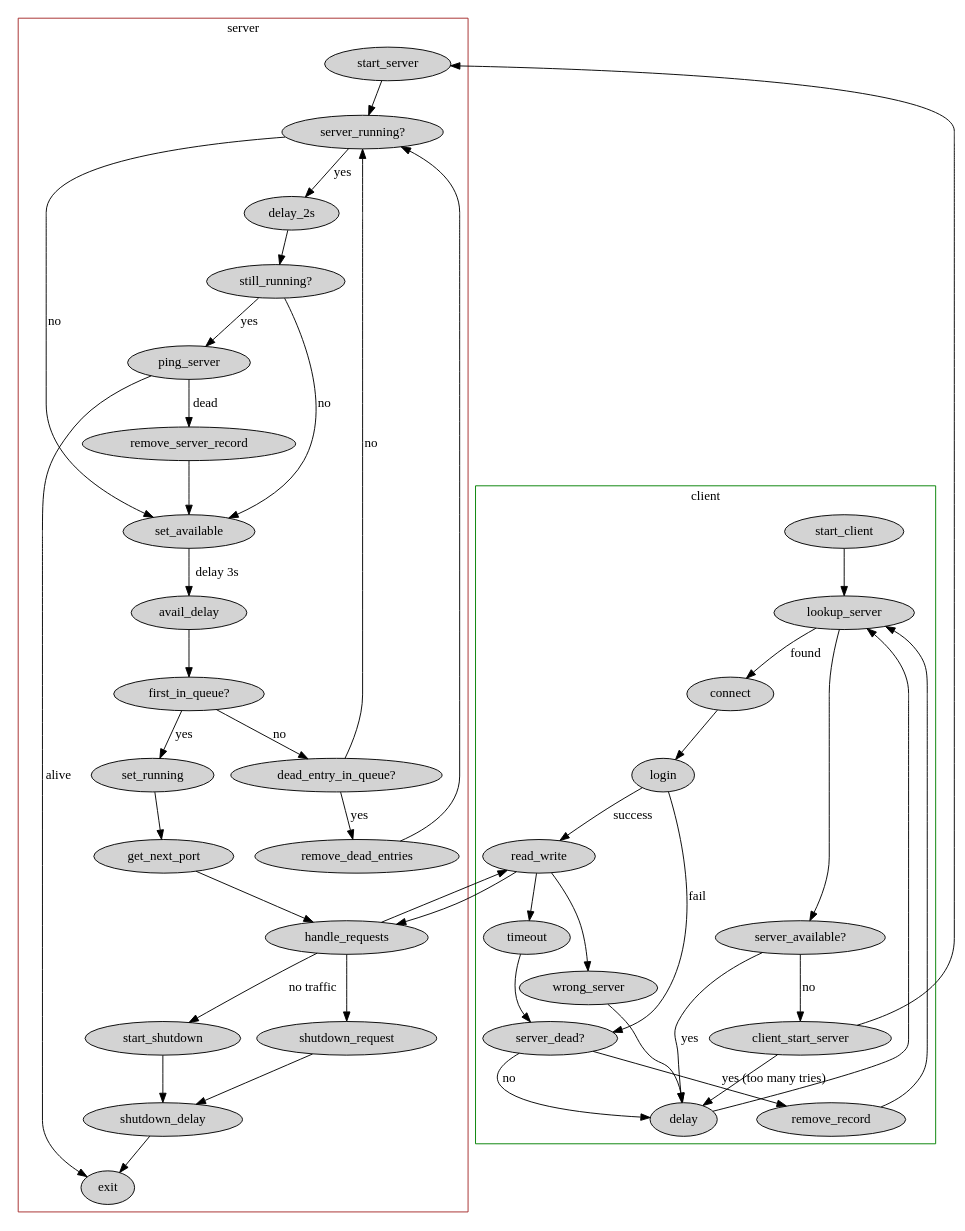
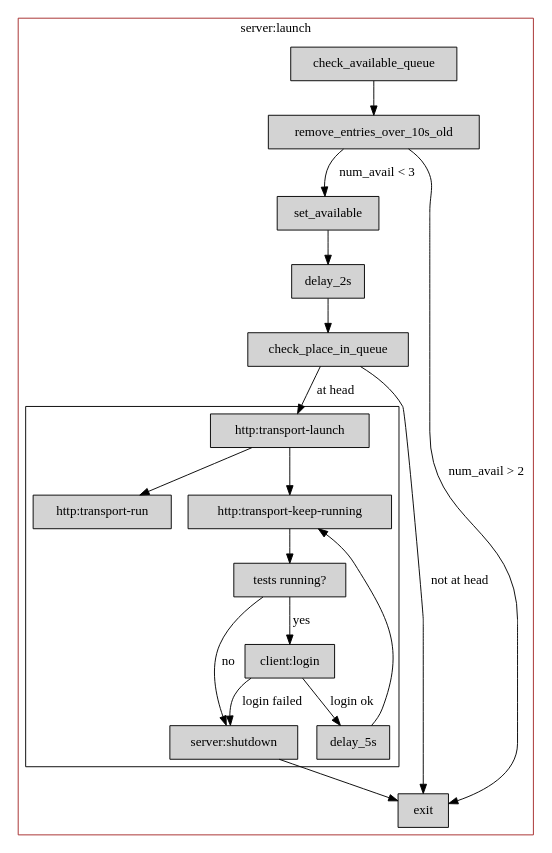
One commit to kiatoa/megatest changed the diagram in docs/manual/server.dot. Above: the diagram before and after it, drawn with Graphviz. The commit also changed 9 other files, not shown here.

Commit message:
Partially completed rework of server/client logic

```diff
--- a/docs/manual/server.dot
+++ b/docs/manual/server.dot
@@ -1,70 +1,62 @@
 digraph G {
 
-    // put client after server so server_start node is visible
-    //
-    subgraph cluster_0 {
-        node [style=filled];
+    subgraph cluster_1 {
+        node [style=filled,shape=box];
+
+	check_available_queue       -> remove_entries_over_10s_old;
+	remove_entries_over_10s_old -> set_available [label="num_avail < 3"];
+	remove_entries_over_10s_old -> exit [label="num_avail > 2"];
+
+	set_available               -> delay_2s;
+	delay_2s          -> check_place_in_queue;
+
+	check_place_in_queue        -> "http:transport-launch" [label="at head"];
+	check_place_in_queue        -> exit [label="not at head"];
+
+	"client:login"              -> "server:shutdown" [label="login failed"];
+	"server:shutdown"           -> exit;	
+
+	subgraph cluster_2 {
+		"http:transport-launch"       -> "http:transport-run";
+		"http:transport-launch"       -> "http:transport-keep-running";
+
+		"http:transport-keep-running" -> "tests running?";
+		"tests running?"              -> "client:login" [label=yes];
+		"tests running?"              -> "server:shutdown" [label=no];
+		"client:login"                -> delay_5s [label="login ok"];
+		delay_5s                      -> "http:transport-keep-running";
+	}
+
+	// start_server -> "server_running?";
+	// "server_running?" -> set_available [label="no"];
+	// "server_running?" -> delay_2s [label="yes"];
+	// delay_2s -> "still_running?";
+	// "still_running?" -> ping_server [label=yes];
+	// "still_running?" -> set_available [label=no];
+	// ping_server -> exit [label=alive];
+	// ping_server -> remove_server_record [label=dead];
+	// remove_server_record -> set_available;
+	// set_available -> avail_delay [label="delay 3s"];
+	// avail_delay -> "first_in_queue?";
+	// 
+	// "first_in_queue?" -> set_running [label=yes];
+	// set_running -> get_next_port -> handle_requests;
+	// "first_in_queue?" -> "dead_entry_in_queue?" [label=no];
+	// "dead_entry_in_queue?" -> "server_running?" [label=no];
+	// "dead_entry_in_queue?" -> "remove_dead_entries" [label=yes];
+	// remove_dead_entries -> "server_running?";
+	// 
+	// handle_requests -> start_shutdown [label="no traffic\nno running tests"];
+	// handle_requests -> shutdown_request;
+	// start_shutdown -> shutdown_delay;
+	// shutdown_request -> shutdown_delay;
+	// shutdown_delay -> exit;
 	
-	start_client -> lookup_server;
-	lookup_server -> connect [label=found];
-
-	lookup_server -> "server_available?";
-	"server_available?" -> delay [label=yes];
-	"server_available?" -> client_start_server [label=no];
-
-	client_start_server -> delay;
-
-	connect -> login;
-	login -> read_write [label=success];
-	login -> "server_dead?" [label=fail];
-
-	read_write -> timeout -> "server_dead?";
-	read_write -> wrong_server -> delay;
-	// read_write -> read_write;
-	
-	"server_dead?" -> remove_record [label="yes (too many tries)"];
-	remove_record -> lookup_server;
-	"server_dead?" -> delay [label=no];
-
-	delay -> lookup_server;	
-
-        label = "client";
-        color=green;
-    }
-
-    subgraph cluster_1 {
-        node [style=filled];
-	
-	start_server -> "server_running?";
-	"server_running?" -> set_available [label="no"];
-	"server_running?" -> delay_2s [label="yes"];
-	delay_2s -> "still_running?";
-	"still_running?" -> ping_server [label=yes];
-	"still_running?" -> set_available [label=no];
-	ping_server -> exit [label=alive];
-	ping_server -> remove_server_record [label=dead];
-	remove_server_record -> set_available;
-	set_available -> avail_delay [label="delay 3s"];
-	avail_delay -> "first_in_queue?";
-
-	"first_in_queue?" -> set_running [label=yes];
-	set_running -> get_next_port -> handle_requests;
-	"first_in_queue?" -> "dead_entry_in_queue?" [label=no];
-	"dead_entry_in_queue?" -> "server_running?" [label=no];
-	"dead_entry_in_queue?" -> "remove_dead_entries" [label=yes];
-	remove_dead_entries -> "server_running?";
-
-	handle_requests -> start_shutdown [label="no traffic"];
-	handle_requests -> shutdown_request;
-	start_shutdown -> shutdown_delay;
-	shutdown_request -> shutdown_delay;
-	shutdown_delay -> exit;
-	
-        label = "server";
+        label = "server:launch";
         color=brown;
     }
 
-    client_start_server -> start_server;
-    handle_requests -> read_write;
-    read_write -> handle_requests;
+//     client_start_server -> start_server;
+//     handle_requests -> read_write;
+//     read_write -> handle_requests;
 }
```
